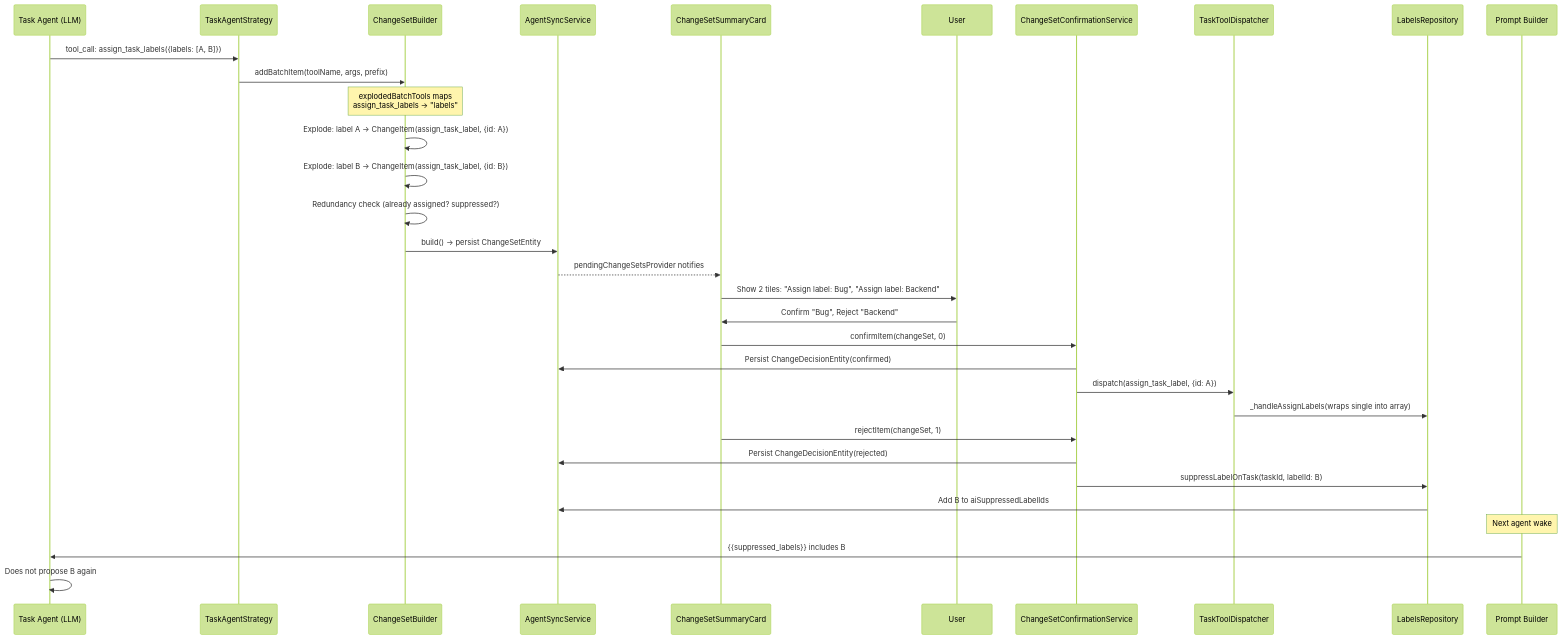
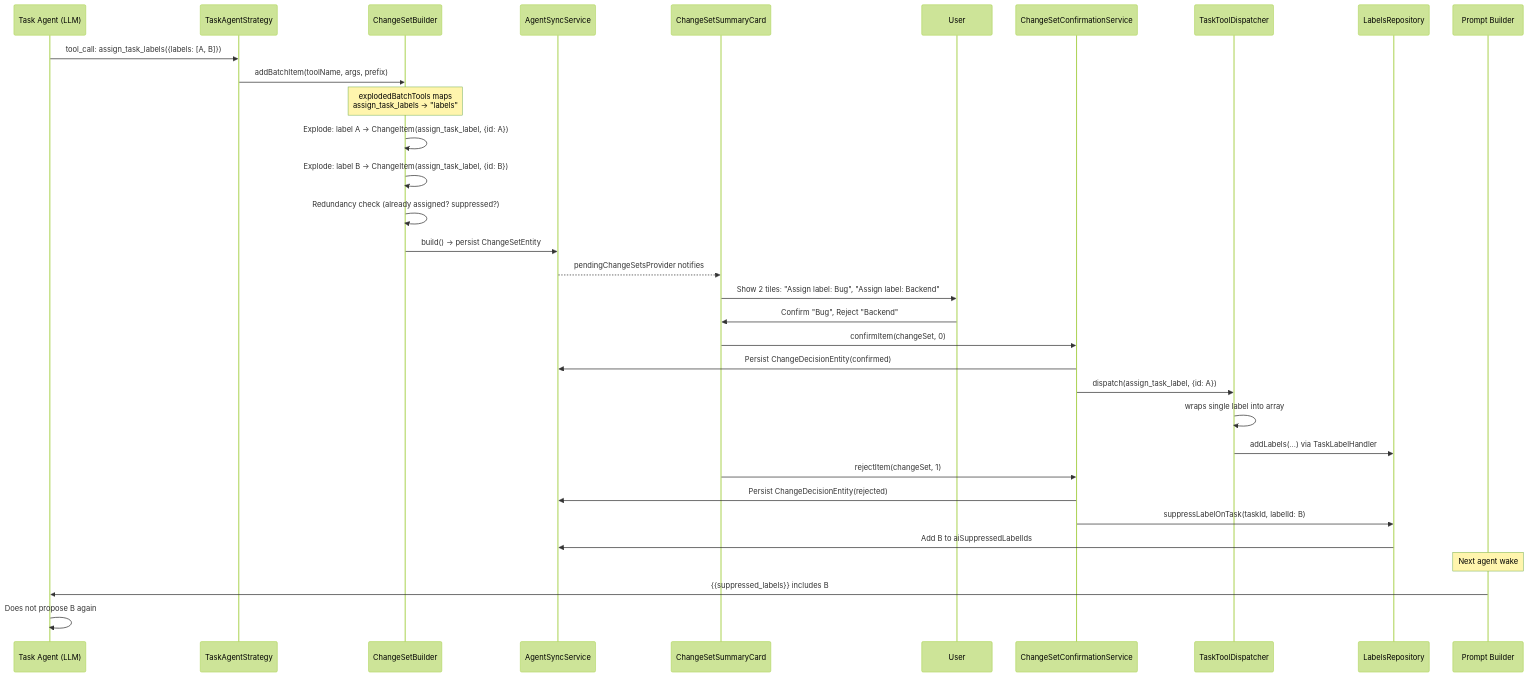
One commit to matthiasn/lotti changed the second of 3 diagrams in docs/implementation_plans/2026-03-07_individually_rejectable_label_changes.md. Above: the diagram before and after it, drawn with Mermaid (forest theme). The commit also changed 3 other files, not shown here.

````diff
--- a/docs/implementation_plans/2026-03-07_individually_rejectable_label_changes.md
+++ b/docs/implementation_plans/2026-03-07_individually_rejectable_label_changes.md
@@ -42,40 +42,41 @@
 ```mermaid
 sequenceDiagram
     participant LLM as Task Agent (LLM)
     participant Strategy as TaskAgentStrategy
     participant Builder as ChangeSetBuilder
     participant DB as AgentSyncService
     participant UI as ChangeSetSummaryCard
     participant User
     participant ConfSvc as ChangeSetConfirmationService
     participant Dispatcher as TaskToolDispatcher
     participant LabelRepo as LabelsRepository
     participant Prompt as Prompt Builder
 
     LLM->>Strategy: tool_call: assign_task_labels({labels: [A, B]})
     Strategy->>Builder: addBatchItem(toolName, args, prefix)
     Note over Builder: explodedBatchTools maps<br/>assign_task_labels → "labels"
     Builder->>Builder: Explode: label A → ChangeItem(assign_task_label, {id: A})
     Builder->>Builder: Explode: label B → ChangeItem(assign_task_label, {id: B})
     Builder->>Builder: Redundancy check (already assigned? suppressed?)
     Builder->>DB: build() → persist ChangeSetEntity
 
     DB-->>UI: pendingChangeSetsProvider notifies
     UI->>User: Show 2 tiles: "Assign label: Bug", "Assign label: Backend"
 
     User->>UI: Confirm "Bug", Reject "Backend"
 
     UI->>ConfSvc: confirmItem(changeSet, 0)
     ConfSvc->>DB: Persist ChangeDecisionEntity(confirmed)
     ConfSvc->>Dispatcher: dispatch(assign_task_label, {id: A})
-    Dispatcher->>LabelRepo: _handleAssignLabels(wraps single into array)
+    Dispatcher->>Dispatcher: wraps single label into array
+    Dispatcher->>LabelRepo: addLabels(...) via TaskLabelHandler
 
     UI->>ConfSvc: rejectItem(changeSet, 1)
     ConfSvc->>DB: Persist ChangeDecisionEntity(rejected)
     ConfSvc->>LabelRepo: suppressLabelOnTask(taskId, labelId: B)
     LabelRepo->>DB: Add B to aiSuppressedLabelIds
 
     Note over Prompt: Next agent wake
     Prompt->>LLM: {{suppressed_labels}} includes B
     LLM->>LLM: Does not propose B again
 ```
````
